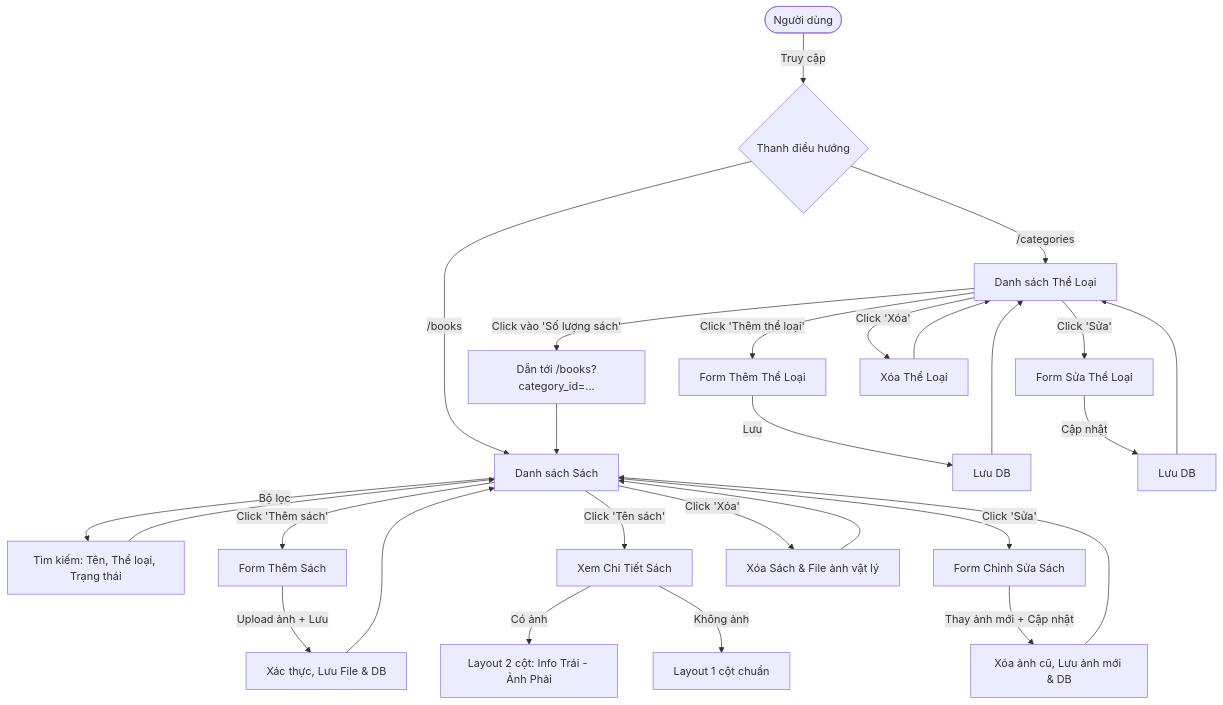
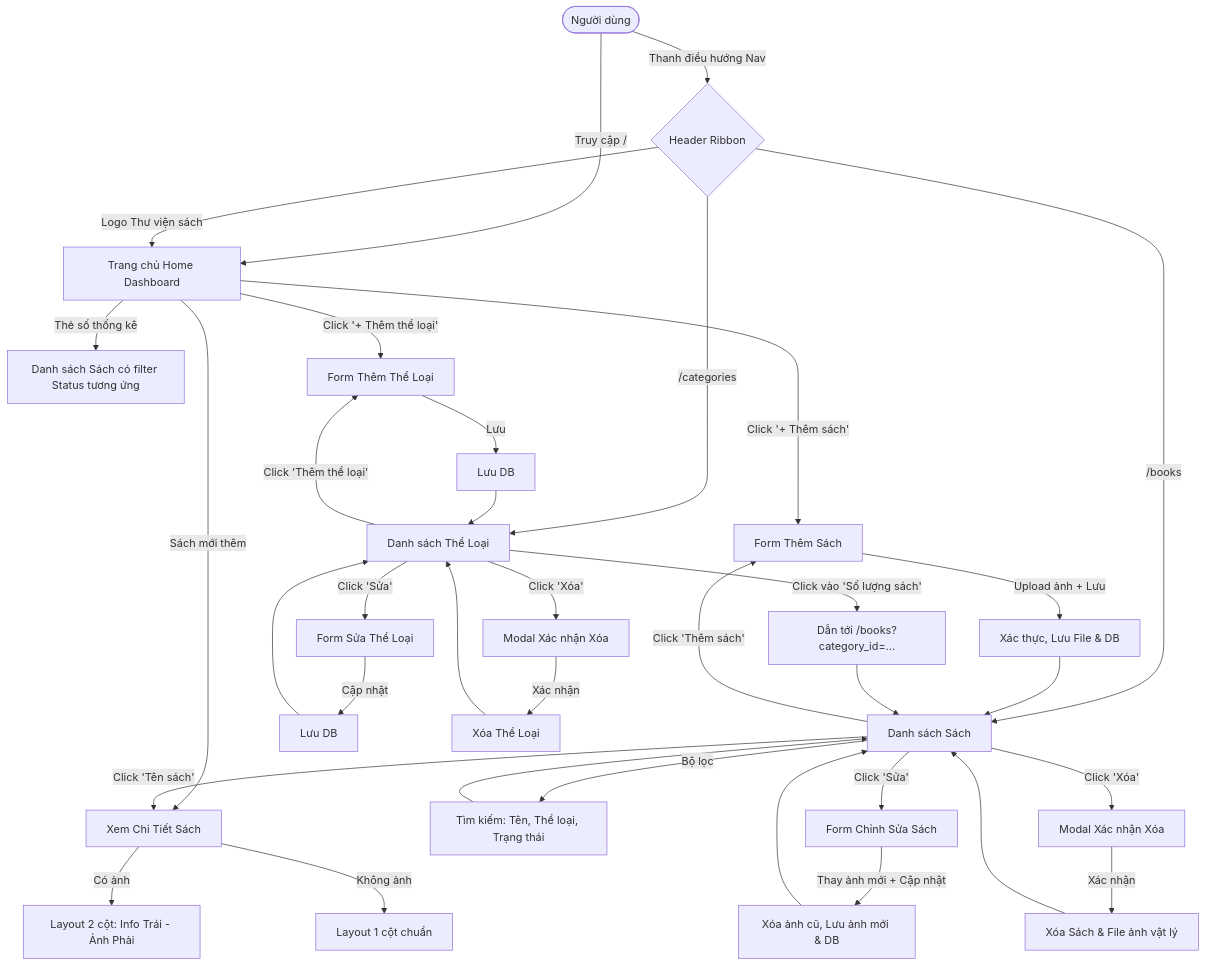
Before and after one commit to taminhthu295/project_laravel: the first of 2 diagrams in README.md, drawn with Mermaid. The commit also changed other lines of this file and 11 other files, not shown here.

````diff
--- a/README.md
+++ b/README.md
@@ -228,40 +246,49 @@
 ```mermaid
 flowchart TD
-    User([Người dùng]) -->|Truy cập| Nav{Thanh điều hướng}
+    User([Người dùng]) -->|Truy cập /| Home[Trang chủ Home Dashboard]
+    Home -->|Thẻ số thống kê| FilterBooks[Danh sách Sách có filter Status tương ứng]
+    Home -->|Sách mới thêm| ShowBook[Xem Chi Tiết Sách]
+    Home -->|Click '+ Thêm sách'| CreateBook[Form Thêm Sách]
+    Home -->|Click '+ Thêm thể loại'| CreateCat[Form Thêm Thể Loại]
+
+    User -->|Thanh điều hướng Nav| Nav{Header Ribbon}
+    Nav -->|/books| BookList[Danh sách Sách]
+    Nav -->|/categories| CatList[Danh sách Thể Loại]
+    Nav -->|Logo Thư viện sách| Home
     
     %% Module Sách
-    Nav -->|/books| BookList[Danh sách Sách]
     BookList -->|Bộ lọc| Filter[Tìm kiếm: Tên, Thể loại, Trạng thái]
     Filter --> BookList
     
-    BookList -->|Click 'Thêm sách'| CreateBook[Form Thêm Sách]
+    BookList -->|Click 'Thêm sách'| CreateBook
     CreateBook -->|Upload ảnh + Lưu| StoreBook[Xác thực, Lưu File & DB]
     StoreBook --> BookList
     
-    BookList -->|Click 'Tên sách'| ShowBook[Xem Chi Tiết Sách]
+    BookList -->|Click 'Tên sách'| ShowBook
     ShowBook -->|Có ảnh| Layout2Col[Layout 2 cột: Info Trái - Ảnh Phải]
     ShowBook -->|Không ảnh| Layout1Col[Layout 1 cột chuẩn]
     
     BookList -->|Click 'Sửa'| EditBook[Form Chỉnh Sửa Sách]
     EditBook -->|Thay ảnh mới + Cập nhật| UpdateBook[Xóa ảnh cũ, Lưu ảnh mới & DB]
     UpdateBook --> BookList
     
-    BookList -->|Click 'Xóa'| DeleteBook[Xóa Sách & File ảnh vật lý]
+    BookList -->|Click 'Xóa'| ConfirmModal[Modal Xác nhận Xóa]
+    ConfirmModal -->|Xác nhận| DeleteBook[Xóa Sách & File ảnh vật lý]
     DeleteBook --> BookList
 
     %% Module Thể loại
-    Nav -->|/categories| CatList[Danh sách Thể Loại]
-    CatList -->|Click 'Thêm thể loại'| CreateCat[Form Thêm Thể Loại]
+    CatList -->|Click 'Thêm thể loại'| CreateCat
     CreateCat -->|Lưu| StoreCat[Lưu DB]
     StoreCat --> CatList
     
     CatList -->|Click vào 'Số lượng sách'| FastFilter[Dẫn tới /books?category_id=...]
     FastFilter --> BookList
     
     CatList -->|Click 'Sửa'| EditCat[Form Sửa Thể Loại]
     EditCat -->|Cập nhật| UpdateCat[Lưu DB]
     UpdateCat --> CatList
     
-    CatList -->|Click 'Xóa'| DeleteCat[Xóa Thể Loại]
+    CatList -->|Click 'Xóa'| ConfirmModalCat[Modal Xác nhận Xóa]
+    ConfirmModalCat -->|Xác nhận| DeleteCat[Xóa Thể Loại]
     DeleteCat --> CatList
 ```
````
